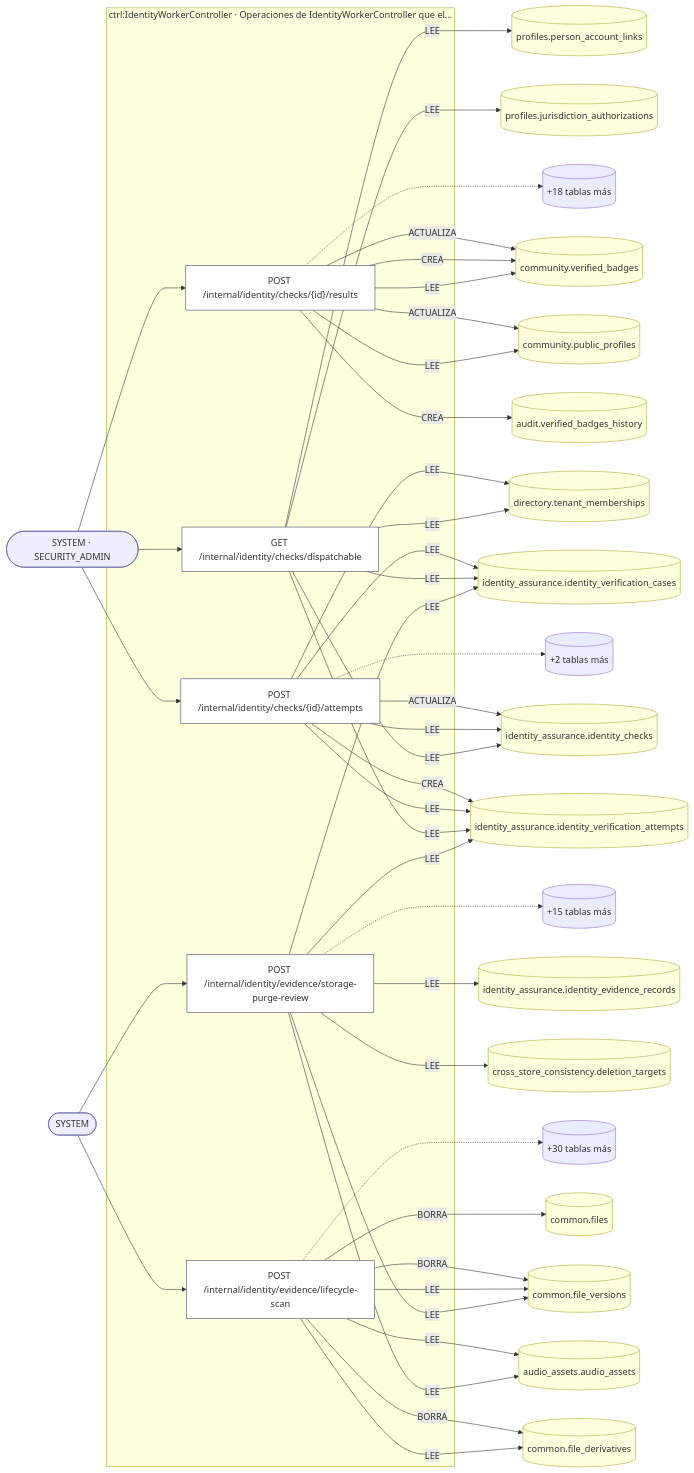
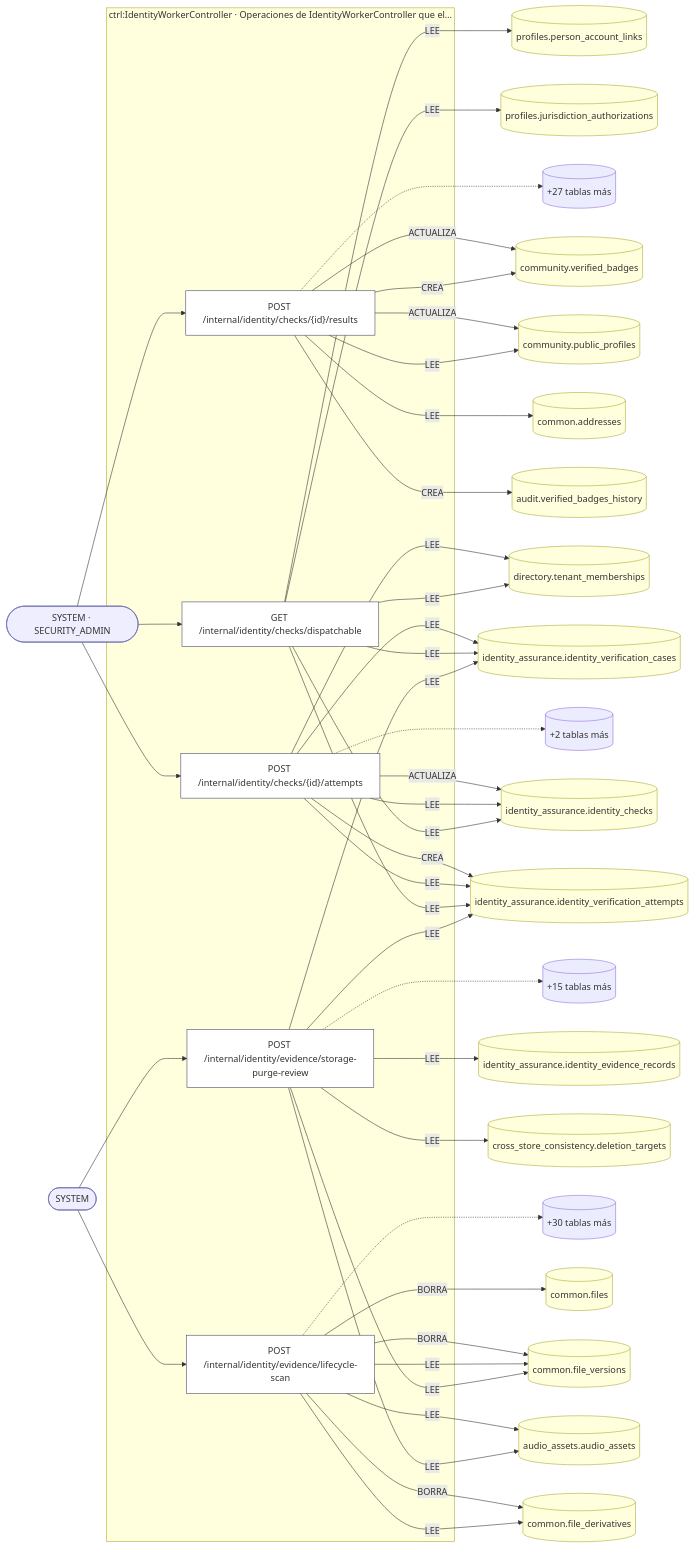
Before and after one commit to mdavila-2001/mantra-core-health-api: the second of 27 diagrams in docs/inventario/flujos/identity_assurance.md, drawn with Mermaid. The commit also changed other lines of this file and 205 other files, not shown here.

````diff
--- a/docs/inventario/flujos/identity_assurance.md
+++ b/docs/inventario/flujos/identity_assurance.md
@@ -305,74 +306,75 @@
 ```mermaid
 flowchart LR
   a2(["SYSTEM · SECURITY_ADMIN"]):::actor
-  a17(["SYSTEM"]):::actor
+  a18(["SYSTEM"]):::actor
   t3[("directory.tenant_memberships")]:::tabla
   t4[("identity_assurance.identity_checks")]:::tabla
   t5[("identity_assurance.identity_verification_attempts")]:::tabla
   t6[("identity_assurance.identity_verification_cases")]:::tabla
   t9[("audit.verified_badges_history")]:::tabla
-  t10[("community.public_profiles")]:::tabla
-  t11[("community.verified_badges")]:::tabla
-  t14[("profiles.jurisdiction_authorizations")]:::tabla
-  t15[("profiles.person_account_links")]:::tabla
-  t18[("audio_assets.audio_assets")]:::tabla
-  t19[("common.file_derivatives")]:::tabla
-  t20[("common.file_versions")]:::tabla
-  t21[("common.files")]:::tabla
-  t24[("cross_store_consistency.deletion_targets")]:::tabla
-  t25[("identity_assurance.identity_evidence_records")]:::tabla
+  t10[("common.addresses")]:::tabla
+  t11[("community.public_profiles")]:::tabla
+  t12[("community.verified_badges")]:::tabla
+  t15[("profiles.jurisdiction_authorizations")]:::tabla
+  t16[("profiles.person_account_links")]:::tabla
+  t19[("audio_assets.audio_assets")]:::tabla
+  t20[("common.file_derivatives")]:::tabla
+  t21[("common.file_versions")]:::tabla
+  t22[("common.files")]:::tabla
+  t25[("cross_store_consistency.deletion_targets")]:::tabla
+  t26[("identity_assurance.identity_evidence_records")]:::tabla
   t7[("+2 tablas más")]
-  t12[("+18 tablas más")]
-  t22[("+30 tablas más")]
-  t26[("+15 tablas más")]
+  t13[("+27 tablas más")]
+  t23[("+30 tablas más")]
+  t27[("+15 tablas más")]
   subgraph s0["ctrl:IdentityWorkerController · Operaciones de IdentityWorkerController que el…"]
     o1["POST /internal/identity/checks/{id}/attempts"]:::op
     o8["POST /internal/identity/checks/{id}/results"]:::op
-    o13["GET /internal/identity/checks/dispatchable"]:::op
-    o16["POST /internal/identity/evidence/lifecycle-scan"]:::op
-    o23["POST /internal/identity/evidence/storage-purge-review"]:::op
+    o14["GET /internal/identity/checks/dispatchable"]:::op
+    o17["POST /internal/identity/evidence/lifecycle-scan"]:::op
+    o24["POST /internal/identity/evidence/storage-purge-review"]:::op
   end
   a2 --> o1
   o1 -->|"LEE"| t3
   o1 -->|"ACTUALIZA"| t4
   o1 -->|"LEE"| t4
   o1 -->|"CREA"| t5
   o1 -->|"LEE"| t5
   o1 -->|"LEE"| t6
   o1 -.-> t7
   a2 --> o8
   o8 -->|"CREA"| t9
-  o8 -->|"ACTUALIZA"| t10
   o8 -->|"LEE"| t10
   o8 -->|"ACTUALIZA"| t11
-  o8 -->|"CREA"| t11
   o8 -->|"LEE"| t11
-  o8 -.-> t12
-  a2 --> o13
-  o13 -->|"LEE"| t3
-  o13 -->|"LEE"| t4
-  o13 -->|"LEE"| t5
-  o13 -->|"LEE"| t6
-  o13 -->|"LEE"| t14
-  o13 -->|"LEE"| t15
-  a17 --> o16
-  o16 -->|"LEE"| t18
-  o16 -->|"BORRA"| t19
-  o16 -->|"LEE"| t19
-  o16 -->|"BORRA"| t20
-  o16 -->|"LEE"| t20
-  o16 -->|"BORRA"| t21
-  o16 -.-> t22
-  a17 --> o23
-  o23 -->|"LEE"| t18
-  o23 -->|"LEE"| t20
-  o23 -->|"LEE"| t24
-  o23 -->|"LEE"| t25
-  o23 -->|"LEE"| t5
-  o23 -->|"LEE"| t6
-  o23 -.-> t26
+  o8 -->|"ACTUALIZA"| t12
+  o8 -->|"CREA"| t12
+  o8 -.-> t13
+  a2 --> o14
+  o14 -->|"LEE"| t3
+  o14 -->|"LEE"| t4
+  o14 -->|"LEE"| t5
+  o14 -->|"LEE"| t6
+  o14 -->|"LEE"| t15
+  o14 -->|"LEE"| t16
+  a18 --> o17
+  o17 -->|"LEE"| t19
+  o17 -->|"BORRA"| t20
+  o17 -->|"LEE"| t20
+  o17 -->|"BORRA"| t21
+  o17 -->|"LEE"| t21
+  o17 -->|"BORRA"| t22
+  o17 -.-> t23
+  a18 --> o24
+  o24 -->|"LEE"| t19
+  o24 -->|"LEE"| t21
+  o24 -->|"LEE"| t25
+  o24 -->|"LEE"| t26
+  o24 -->|"LEE"| t5
+  o24 -->|"LEE"| t6
+  o24 -.-> t27
   classDef op fill:#fff,stroke:#446
   classDef actor fill:#eef,stroke:#66a
   classDef tabla fill:#ffd,stroke:#aa3
   classDef evento fill:#efe,stroke:#3a3
 ```
````
